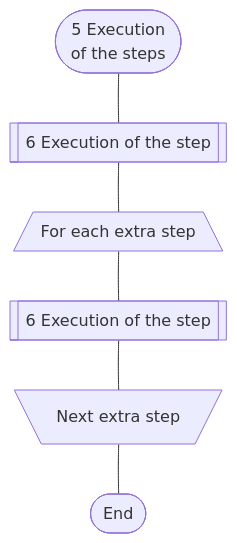
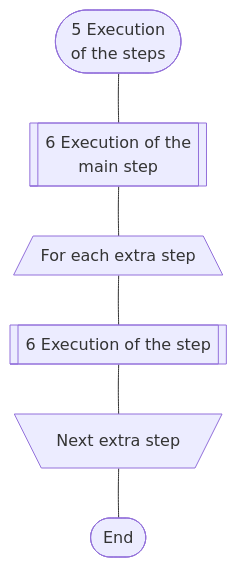
Before and after one commit to savushkin-r-d/ptusa_main: the third of 5 diagrams in readme.md, drawn with Mermaid. The commit also changed other lines of this file and 1 other file, not shown here.

Commit message:
Edit syntax

````diff
--- a/readme.md
+++ b/readme.md
@@ -51,11 +51,11 @@
 ``` mermaid
 
 flowchart TD
 
-    A([5 Execution <br/> of the steps]) --- A1[[6 Execution of the step]]
+    A([5 Execution <br/> of the steps]) --- A1[[6 Execution of the <br/> main step]]
     A1 --- B[/For each extra step\]
     B --- C[[6 Execution of the step]]
     C --- D[\Next extra step/]
     D --- E([End])
 
 ```
````
